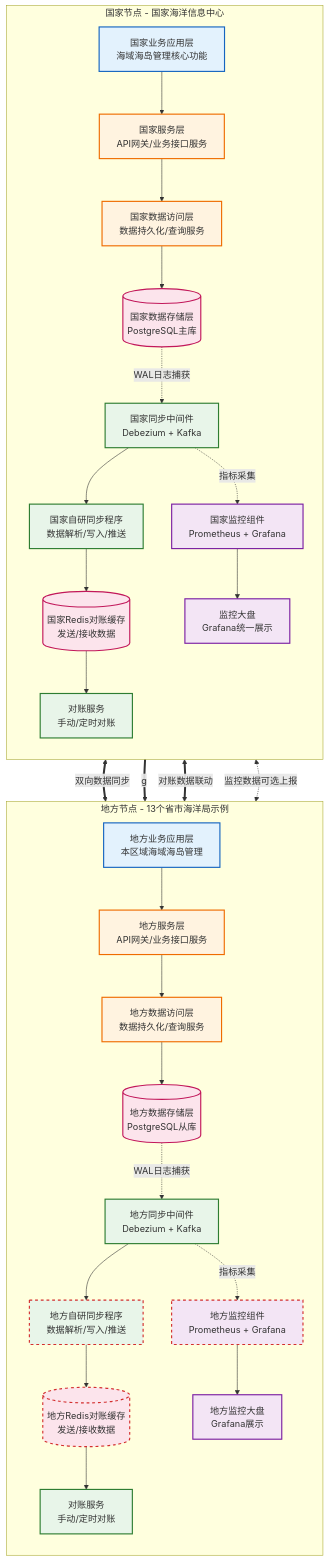
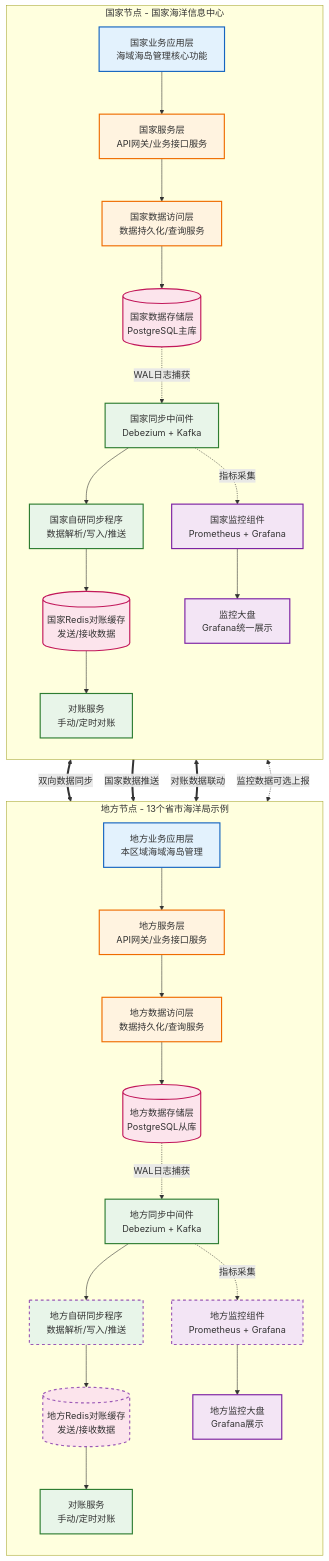
The diagram in all/未命名-1.md (MyJohn2/iodraw-files), drawn with Mermaid before and after one commit.

Commit message:
2026-03-03 18:38:14 update

````diff
--- a/all/未命名-1.md
+++ b/all/未命名-1.md
@@ -1,71 +1,71 @@
 ```mermaid
 flowchart TD
     %% 定义样式
     classDef app fill:#e3f2fd,stroke:#1565c0,stroke-width:2px;
     classDef service fill:#fff3e0,stroke:#ef6c00,stroke-width:2px;
     classDef data fill:#fce4ec,stroke:#c2185b,stroke-width:2px;
     classDef sync fill:#e8f5e9,stroke:#2e7d32,stroke-width:2px;
     classDef monitor fill:#f3e5f5,stroke:#7b1fa2,stroke-width:2px;
-    classDef linkLine stroke:#d32f2f,stroke-width:2px,stroke-dasharray: 5 5;
+    classDef linkLine stroke:#9B59B6,stroke-width:2px,stroke-dasharray: 5 5;
 
     %% 国家节点 - 修复了标题括号问题
     subgraph NationNode [国家节点 - 国家海洋信息中心]
         direction TB
         A1[国家业务应用层<br/>海域海岛管理核心功能]:::app
         B1[国家服务层<br/>API网关/业务接口服务]:::service
         C1[国家数据访问层<br/>数据持久化/查询服务]:::service
         D1[(国家数据存储层<br/>PostgreSQL主库)]:::data
         E1[国家同步中间件<br/>Debezium + Kafka]:::sync
         F1[国家自研同步程序<br/>数据解析/写入/推送]:::sync
         G1[(国家Redis对账缓存<br/>发送/接收数据)]:::data
         H1[国家监控组件<br/>Prometheus + Grafana]:::monitor
         I1[对账服务<br/>手动/定时对账]:::sync
         J1[监控大盘<br/>Grafana统一展示]:::monitor
 
         A1 --> B1
         B1 --> C1
         C1 --> D1
         D1 -.->|WAL日志捕获 | E1
         E1 --> F1
         F1 --> G1
         E1 -.->|指标采集 | H1
         G1 --> I1
         H1 --> J1
     end
     
     %% 地方节点 - 修复了标题括号问题
     subgraph LocalNode [地方节点 - 13个省市海洋局示例]
         direction TB
         A2[地方业务应用层<br/>本区域海域海岛管理]:::app
         B2[地方服务层<br/>API网关/业务接口服务]:::service
         C2[地方数据访问层<br/>数据持久化/查询服务]:::service
         D2[(地方数据存储层<br/>PostgreSQL从库)]:::data
         E2[地方同步中间件<br/>Debezium + Kafka]:::sync
         F2[地方自研同步程序<br/>数据解析/写入/推送]:::sync
         G2[(地方Redis对账缓存<br/>发送/接收数据)]:::data
         H2[地方监控组件<br/>Prometheus + Grafana]:::monitor
         I2[对账服务<br/>手动/定时对账]:::sync
         J2[地方监控大盘<br/>Grafana展示]:::monitor
 
         A2 --> B2
         B2 --> C2
         C2 --> D2
         D2 -.->|WAL日志捕获 | E2
         E2 --> F2
         F2 --> G2
         E2 -.->|指标采集 | H2
         G2 --> I2
         H2 --> J2
     end
     
     %% 跨节点交互
     F1 <==>|双向数据同步 | F2:::linkLine
-    E1 ==>|g | F2:::linkLine
+    E1 ==>|国家数据推送 | F2:::linkLine
     G1 <==>|对账数据联动 | G2:::linkLine
     H1 <-.->|监控数据可选上报 | H2:::linkLine
     
 
 
 
 
 ```
````
